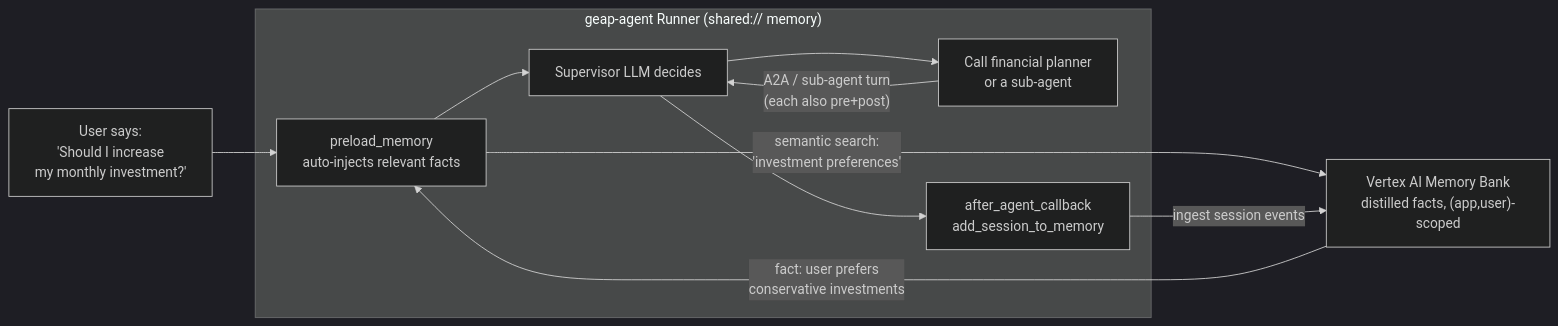
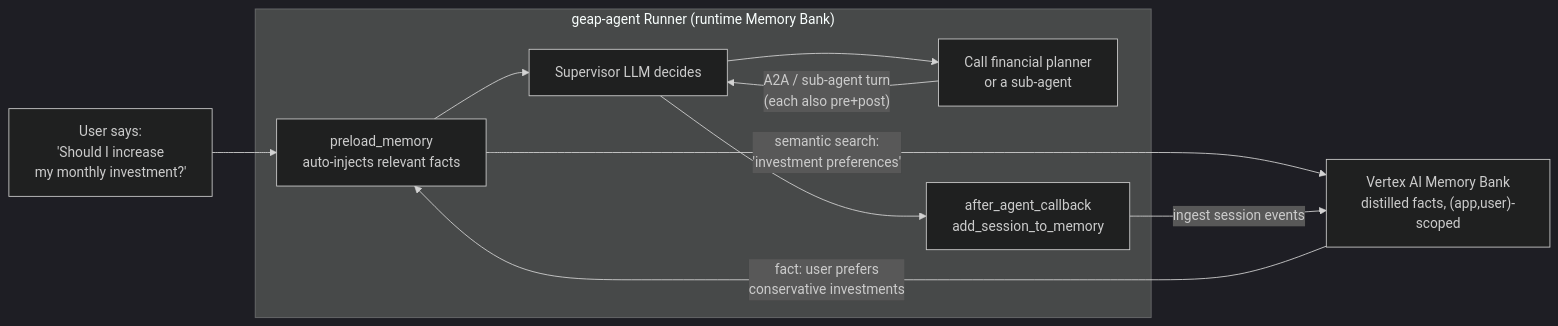
Before and after one commit to akashh94/akapal-geap-agent: the diagram in docs/LEARNING_MEMORY_BANK.md, drawn with Mermaid (dark theme). The commit also changed 7 other files, not shown here.

First line of the commit message:
Add an architecture overview and correct stale docs

````diff
--- a/docs/LEARNING_MEMORY_BANK.md
+++ b/docs/LEARNING_MEMORY_BANK.md
@@ -177,22 +177,22 @@
 ```mermaid
 flowchart LR
     User["User says:<br/>'Should I increase<br/>my monthly investment?'"]
 
-    subgraph Runner["geap-agent Runner (shared:// memory)"]
+    subgraph Runner["geap-agent Runner (runtime Memory Bank)"]
         Pre["preload_memory<br/>auto-injects relevant facts"]
         Llm["Supervisor LLM decides"]
         Cal["Call financial planner<br/>or a sub-agent"]
         Post["after_agent_callback<br/>add_session_to_memory"]
     end
 
     Bank["Vertex AI Memory Bank<br/>distilled facts, (app,user)-scoped"]
 
     User --> Pre
     Pre -->|"semantic search:<br/>'investment preferences'"| Bank
     Bank -->|"fact: user prefers<br/>conservative investments"| Pre
     Pre --> Llm
     Llm --> Cal
     Cal -->|"A2A / sub-agent turn<br/>(each also pre+post)"| Llm
     Llm --> Post
     Post -->|"ingest session events"| Bank
 ```
````
